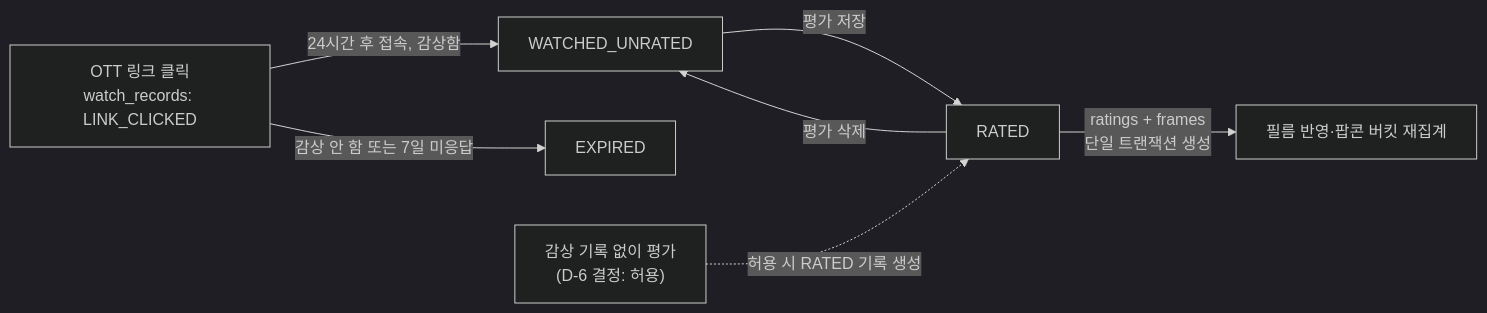
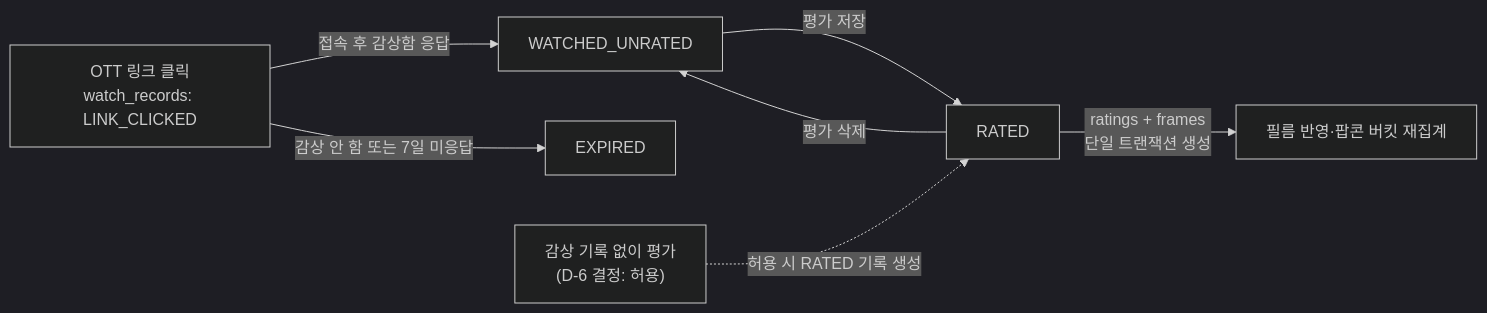
The eighth of 8 diagrams in docs/erd.md (koongya-studio/feelm), drawn with Mermaid (dark theme) before and after one commit. The commit also changed other lines of this file and 3 other files, not shown here.

````diff
--- a/docs/erd.md
+++ b/docs/erd.md
@@ -481,9 +481,9 @@
 ```mermaid
 flowchart LR
-    A["OTT 링크 클릭<br/>watch_records: LINK_CLICKED"] -->|24시간 후 접속, 감상함| B["WATCHED_UNRATED"]
+    A["OTT 링크 클릭<br/>watch_records: LINK_CLICKED"] -->|접속 후 감상함 응답| B["WATCHED_UNRATED"]
     A -->|감상 안 함 또는 7일 미응답| X["EXPIRED"]
     B -->|평가 저장| C["RATED"]
     C -->|ratings + frames<br/>단일 트랜잭션 생성| D["필름 반영·팝콘 버킷 재집계"]
     C -->|평가 삭제| B
     S["감상 기록 없이 평가<br/>(D-6 결정: 허용)"] -.->|허용 시 RATED 기록 생성| C
 ```
````
